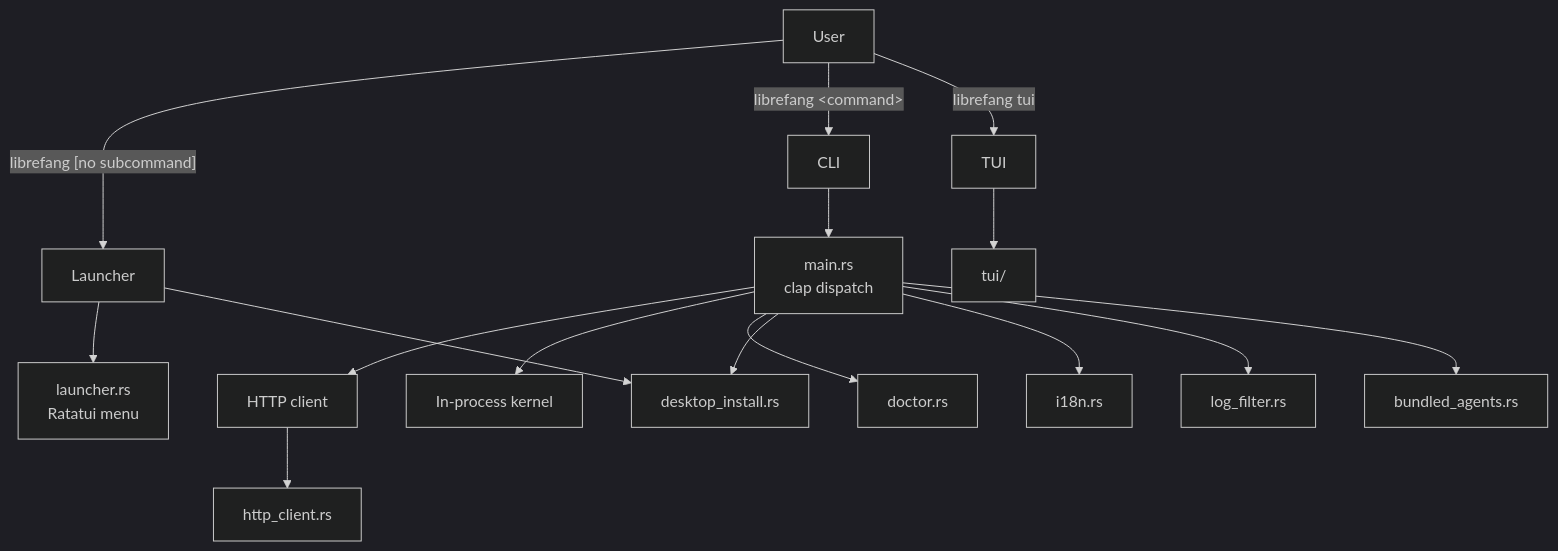
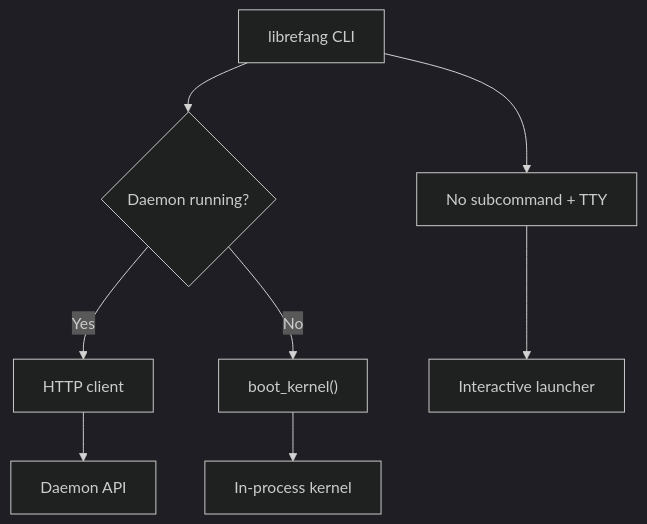
Before and after one commit to leszek3737/librefang-WIki: the diagram in cli-tui.md, drawn with Mermaid (dark theme). The commit also changed other lines of this file and 100 other files, not shown here.

````diff
--- a/cli-tui.md
+++ b/cli-tui.md
@@ -9,21 +11,10 @@
 ```mermaid
 graph TD
-    User -->|"librefang [no subcommand]"| Launcher
-    User -->|"librefang &lt;command&gt;"| CLI
-    User -->|"librefang tui"| TUI
-
-    CLI --> main_rs["main.rs<br/>clap dispatch"]
-    Launcher --> launcher_rs["launcher.rs<br/>Ratatui menu"]
-
-    main_rs --> daemon_client["HTTP client"]
-    main_rs --> kernel["In-process kernel"]
-    main_rs --> doctor["doctor.rs"]
-    main_rs --> desktop["desktop_install.rs"]
-    main_rs --> i18n_mod["i18n.rs"]
-    main_rs --> log_filter["log_filter.rs"]
-    main_rs --> bundled["bundled_agents.rs"]
-
-    daemon_client --> http_client["http_client.rs"]
-    TUI --> tui_mod["tui/"]
-    Launcher --> desktop
+    A["librefang CLI"] --> B{Daemon running?}
+    B -->|Yes| C["HTTP client"]
+    C --> D["Daemon API"]
+    B -->|No| E["boot_kernel()"]
+    E --> F["In-process kernel"]
+    A --> G["No subcommand + TTY"]
+    G --> H["Interactive launcher"]
 ```
````
